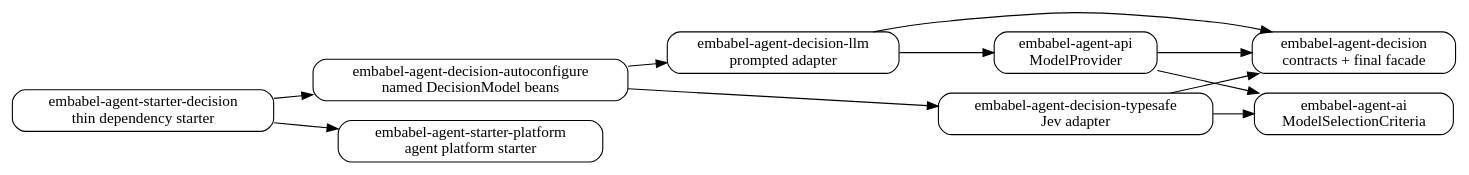
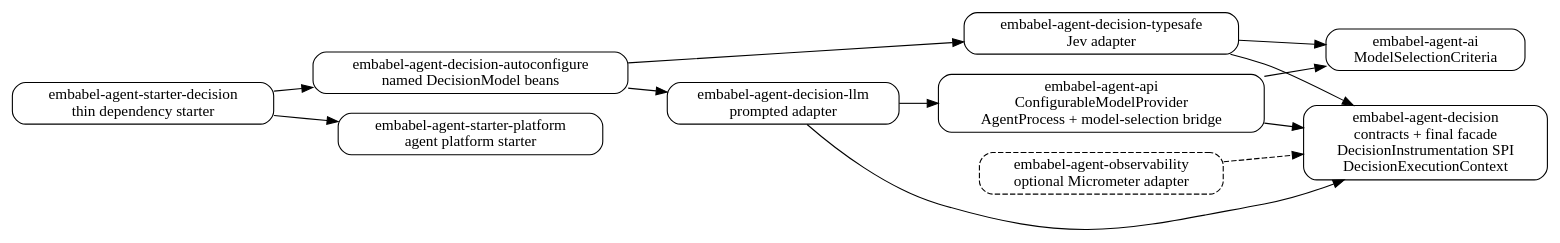
Before and after one commit to embabel/embabel-agent: the diagram in embabel-agent-docs/src/main/asciidoc/reference/diagrams/decision-modules.dot, drawn with Graphviz. The commit also changed 7 other files, not shown here.

Commit message:
docs: explain decision execution and observability contracts

```diff
--- a/embabel-agent-docs/src/main/asciidoc/reference/diagrams/decision-modules.dot
+++ b/embabel-agent-docs/src/main/asciidoc/reference/diagrams/decision-modules.dot
@@ -1,22 +1,24 @@
 digraph DecisionModules {
   rankdir=LR;
   node [shape=box, style="rounded"];
   ai [label="embabel-agent-ai\nModelSelectionCriteria"];
-  api [label="embabel-agent-api\nModelProvider"];
-  core [label="embabel-agent-decision\ncontracts + final facade"];
+  api [label="embabel-agent-api\nConfigurableModelProvider\nAgentProcess + model-selection bridge"];
+  core [label="embabel-agent-decision\ncontracts + final facade\nDecisionInstrumentation SPI\nDecisionExecutionContext"];
   jev [label="embabel-agent-decision-typesafe\nJev adapter"];
   llm [label="embabel-agent-decision-llm\nprompted adapter"];
+  telemetry [label="embabel-agent-observability\noptional Micrometer adapter", style="rounded,dashed"];
   auto [label="embabel-agent-decision-autoconfigure\nnamed DecisionModel beans"];
   starter [label="embabel-agent-starter-decision\nthin dependency starter"];
   platform [label="embabel-agent-starter-platform\nagent platform starter"];
   api -> core;
   api -> ai;
   jev -> core;
   jev -> ai;
   llm -> core;
   llm -> api;
+  telemetry -> core [style=dashed];
   auto -> jev;
   auto -> llm;
   starter -> auto;
   starter -> platform;
 }
```
